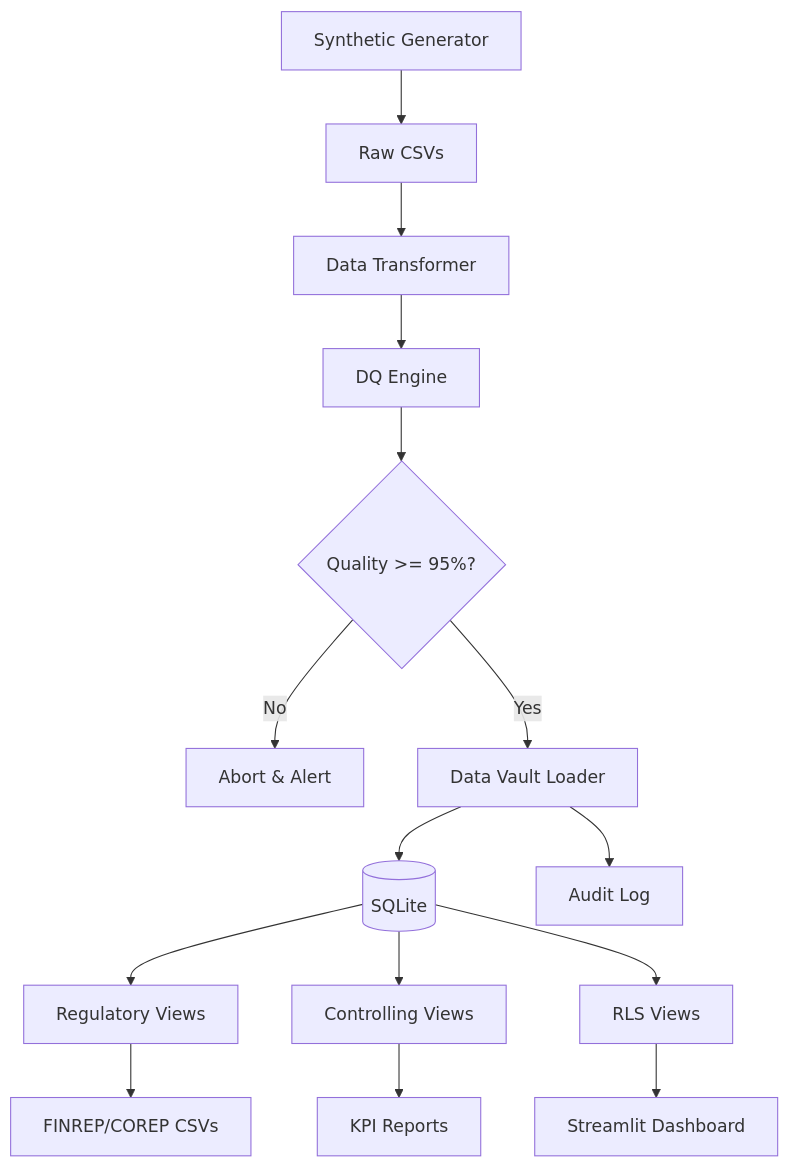
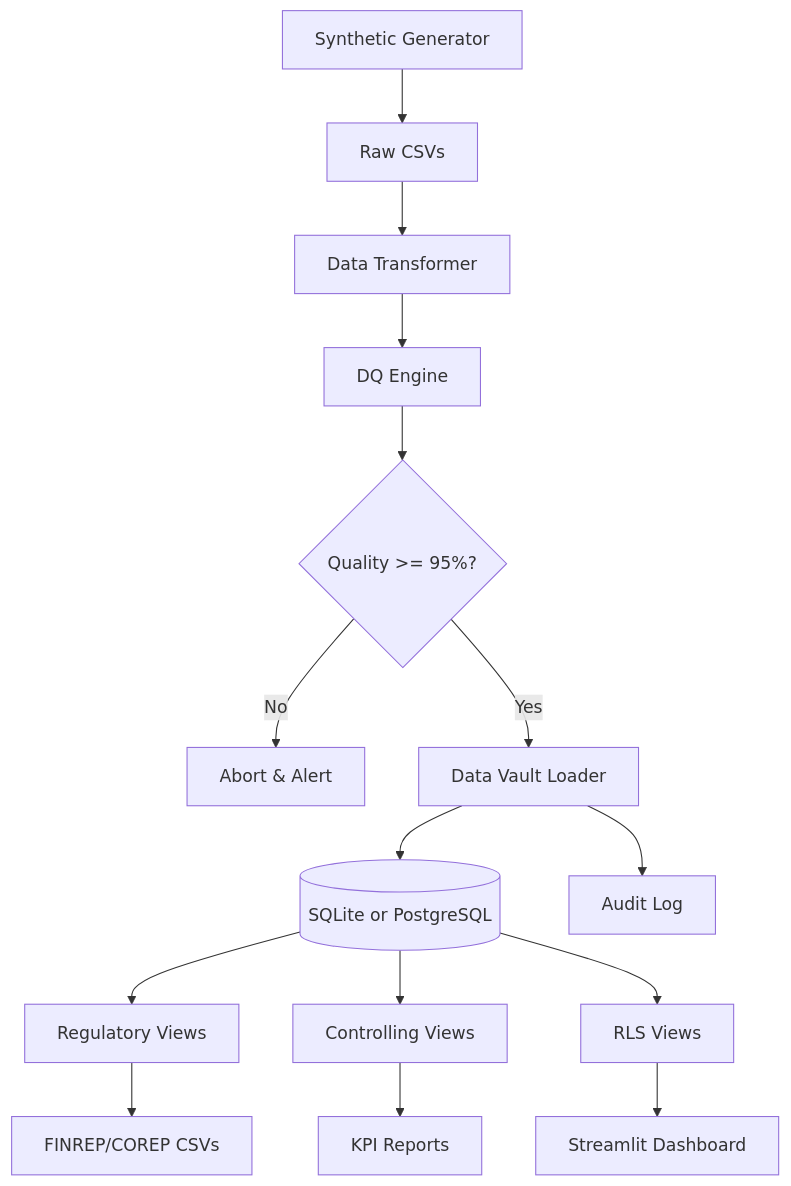
The diagram in README.md (TMFNK/openreg), drawn with Mermaid before and after one commit. The commit also changed other lines of this file, not shown here.

````diff
--- a/README.md
+++ b/README.md
@@ -23,17 +116,17 @@
 ```mermaid
 graph TD
     A[Synthetic Generator] --> B[Raw CSVs]
     B --> C[Data Transformer]
     C --> D[DQ Engine]
     D --> E{Quality >= 95%?}
     E -->|No| F[Abort & Alert]
     E -->|Yes| G[Data Vault Loader]
-    G --> H[(SQLite)]
+    G --> H[(SQLite or PostgreSQL)]
     H --> I[Regulatory Views]
     H --> J[Controlling Views]
     H --> K[RLS Views]
     I --> L[FINREP/COREP CSVs]
     J --> M[KPI Reports]
     K --> N[Streamlit Dashboard]
     G --> O[Audit Log]
 ```
````
